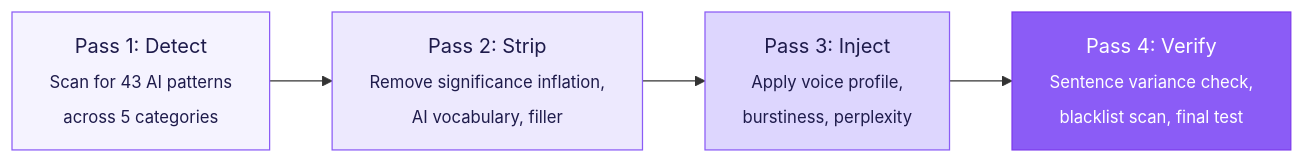
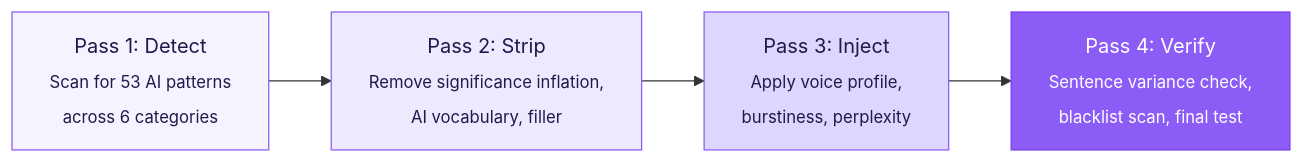
One commit to Aboudjem/humanizer-skill changed the diagram in README.md. Above: the diagram before and after it, drawn with Mermaid. The commit also changed other lines of this file and 28 other files, not shown here.

````diff
--- a/README.md
+++ b/README.md
@@ -283,11 +285,11 @@
 ```mermaid
 graph LR
-    A["Pass 1: Detect<br/><sub>Scan for 43 AI patterns<br/>across 5 categories</sub>"] --> B["Pass 2: Strip<br/><sub>Remove significance inflation,<br/>AI vocabulary, filler</sub>"]
+    A["Pass 1: Detect<br/><sub>Scan for 53 AI patterns<br/>across 6 categories</sub>"] --> B["Pass 2: Strip<br/><sub>Remove significance inflation,<br/>AI vocabulary, filler</sub>"]
     B --> C["Pass 3: Inject<br/><sub>Apply voice profile,<br/>burstiness, perplexity</sub>"]
     C --> D["Pass 4: Verify<br/><sub>Sentence variance check,<br/>blacklist scan, final test</sub>"]
 
     style A fill:#f5f3ff,stroke:#8b5cf6,color:#1e1b4b
     style B fill:#ede9fe,stroke:#8b5cf6,color:#1e1b4b
     style C fill:#ddd6fe,stroke:#8b5cf6,color:#1e1b4b
     style D fill:#8b5cf6,stroke:#7c3aed,color:#ffffff
 ```
````
